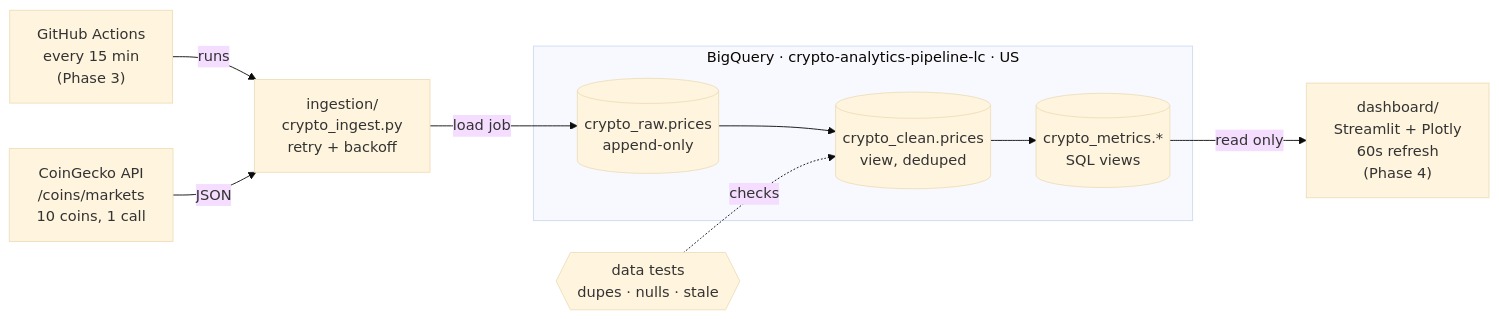
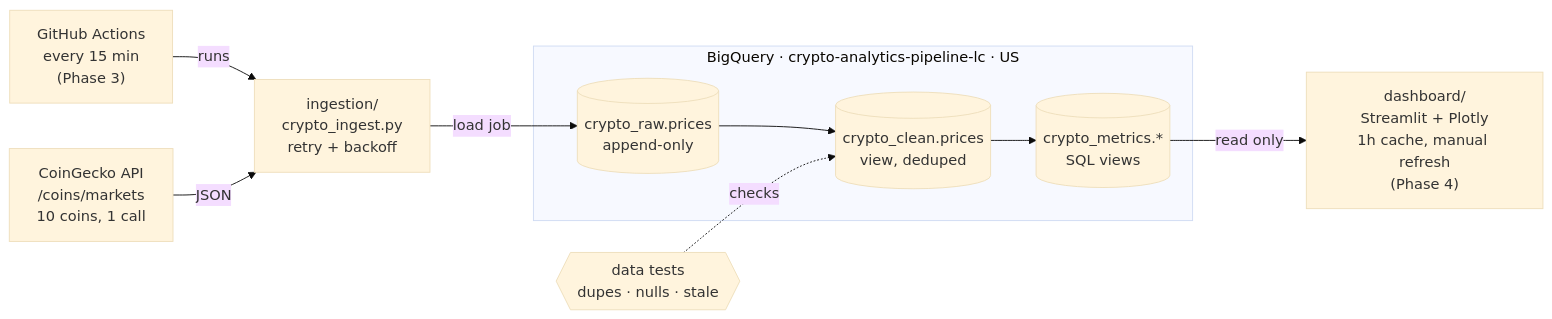
One commit to imtheeon/crypto-analytics-pipeline changed the diagram in docs/architecture.md. Above: the diagram before and after it, drawn with Mermaid (base theme). The commit also changed 6 other files, not shown here.

````diff
--- a/docs/architecture.md
+++ b/docs/architecture.md
@@ -3,20 +3,20 @@
 ```mermaid
 flowchart LR
     CG["CoinGecko API<br/>/coins/markets<br/>10 coins, 1 call"]
     GA["GitHub Actions<br/>every 15 min<br/>(Phase 3)"]
     PY["ingestion/<br/>crypto_ingest.py<br/>retry + backoff"]
     subgraph BQ["BigQuery · crypto-analytics-pipeline-lc · US"]
         RAW[("crypto_raw.prices<br/>append-only")]
         CLEAN[("crypto_clean.prices<br/>view, deduped")]
         MET[("crypto_metrics.*<br/>SQL views")]
     end
     T{{"data tests<br/>dupes · nulls · stale"}}
-    DASH["dashboard/<br/>Streamlit + Plotly<br/>60s refresh<br/>(Phase 4)"]
+    DASH["dashboard/<br/>Streamlit + Plotly<br/>1h cache, manual refresh<br/>(Phase 4)"]
 
     GA -->|runs| PY
     CG -->|JSON| PY
     PY -->|load job| RAW
     RAW --> CLEAN --> MET
     T -. checks .-> CLEAN
     MET -->|read only| DASH
 ```
````
